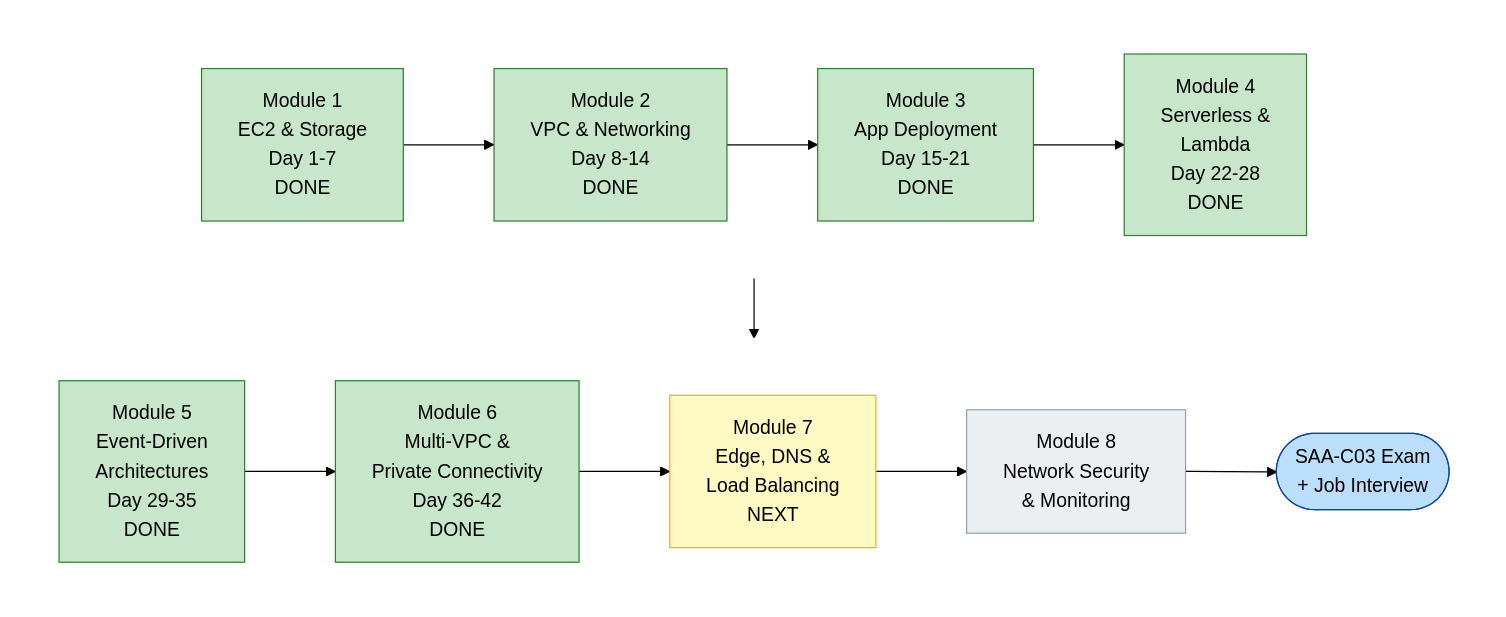
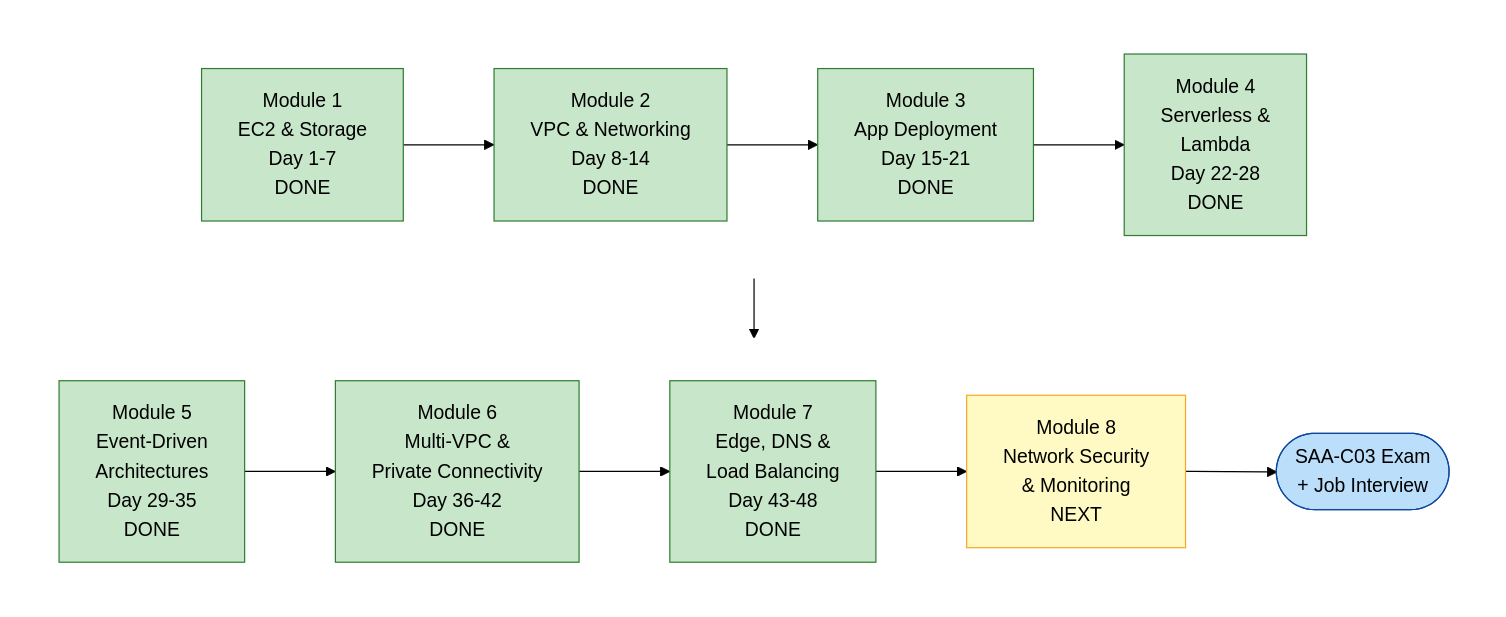
The diagram in images/src/00-course-roadmap.mmd (JASIM16027/AWS-NOTES), drawn with Mermaid (forest theme) before and after one commit. The commit also changed 17 other files, not shown here.

First line of the commit message:
Add Module 7 Day 43-48: Edge Services, DNS & Load Balancing

```diff
--- a/images/src/00-course-roadmap.mmd
+++ b/images/src/00-course-roadmap.mmd
@@ -1,26 +1,26 @@
 flowchart TB
   subgraph R1[" "]
     direction LR
     M1["Module 1<br/>EC2 & Storage<br/>Day 1-7<br/>DONE"] --> M2["Module 2<br/>VPC & Networking<br/>Day 8-14<br/>DONE"]
     M2 --> M3["Module 3<br/>App Deployment<br/>Day 15-21<br/>DONE"]
     M3 --> M4["Module 4<br/>Serverless &<br/>Lambda<br/>Day 22-28<br/>DONE"]
   end
   subgraph R2[" "]
     direction LR
     M5["Module 5<br/>Event-Driven<br/>Architectures<br/>Day 29-35<br/>DONE"] --> M6["Module 6<br/>Multi-VPC &<br/>Private Connectivity<br/>Day 36-42<br/>DONE"]
-    M6 --> M7["Module 7<br/>Edge, DNS &<br/>Load Balancing<br/>NEXT"]
-    M7 --> M8["Module 8<br/>Network Security<br/>& Monitoring"]
+    M6 --> M7["Module 7<br/>Edge, DNS &<br/>Load Balancing<br/>Day 43-48<br/>DONE"]
+    M7 --> M8["Module 8<br/>Network Security<br/>& Monitoring<br/>NEXT"]
     M8 --> GOAL(["SAA-C03 Exam<br/>+ Job Interview"])
   end
   R1 --> R2
   style R1 fill:#ffffff,stroke:#ffffff
   style R2 fill:#ffffff,stroke:#ffffff
   style M1 fill:#c8e6c9,stroke:#2e7d32
   style M2 fill:#c8e6c9,stroke:#2e7d32
   style M3 fill:#c8e6c9,stroke:#2e7d32
   style M4 fill:#c8e6c9,stroke:#2e7d32
   style M5 fill:#c8e6c9,stroke:#2e7d32
   style M6 fill:#c8e6c9,stroke:#2e7d32
-  style M7 fill:#fff9c4,stroke:#f9a825
-  style M8 fill:#eceff1,stroke:#90a4ae
+  style M7 fill:#c8e6c9,stroke:#2e7d32
+  style M8 fill:#fff9c4,stroke:#f9a825
   style GOAL fill:#bbdefb,stroke:#0d47a1
```
